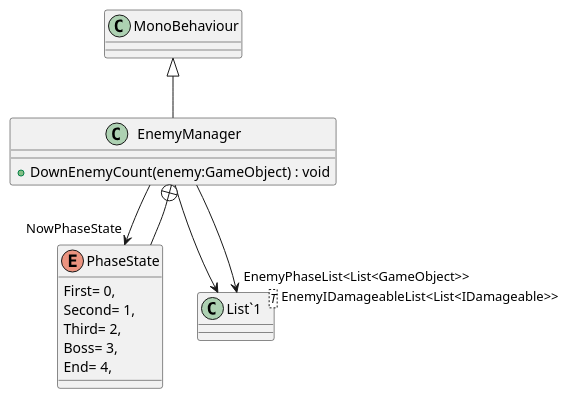
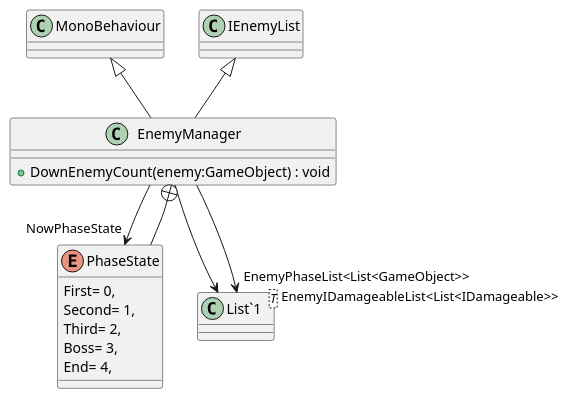
One commit to CrescentMoon8/MagicBarrage changed the diagram in plantuml/Enemy/EnemyManager.puml. Above: the diagram before and after it, drawn with PlantUML. The commit also changed 31 other files, not shown here.

```diff
--- a/plantuml/Enemy/EnemyManager.puml
+++ b/plantuml/Enemy/EnemyManager.puml
@@ -1,19 +1,20 @@
 @startuml
 class EnemyManager {
     + DownEnemyCount(enemy:GameObject) : void
 }
 enum PhaseState {
     First= 0,
     Second= 1,
     Third= 2,
     Boss= 3,
     End= 4,
 }
 class "List`1"<T> {
 }
 MonoBehaviour <|-- EnemyManager
+IEnemyList <|-- EnemyManager
 EnemyManager --> "EnemyPhaseList<List<GameObject>>" "List`1"
 EnemyManager --> "EnemyIDamageableList<List<IDamageable>>" "List`1"
 EnemyManager --> "NowPhaseState" PhaseState
 EnemyManager +-- PhaseState
 @enduml
```
